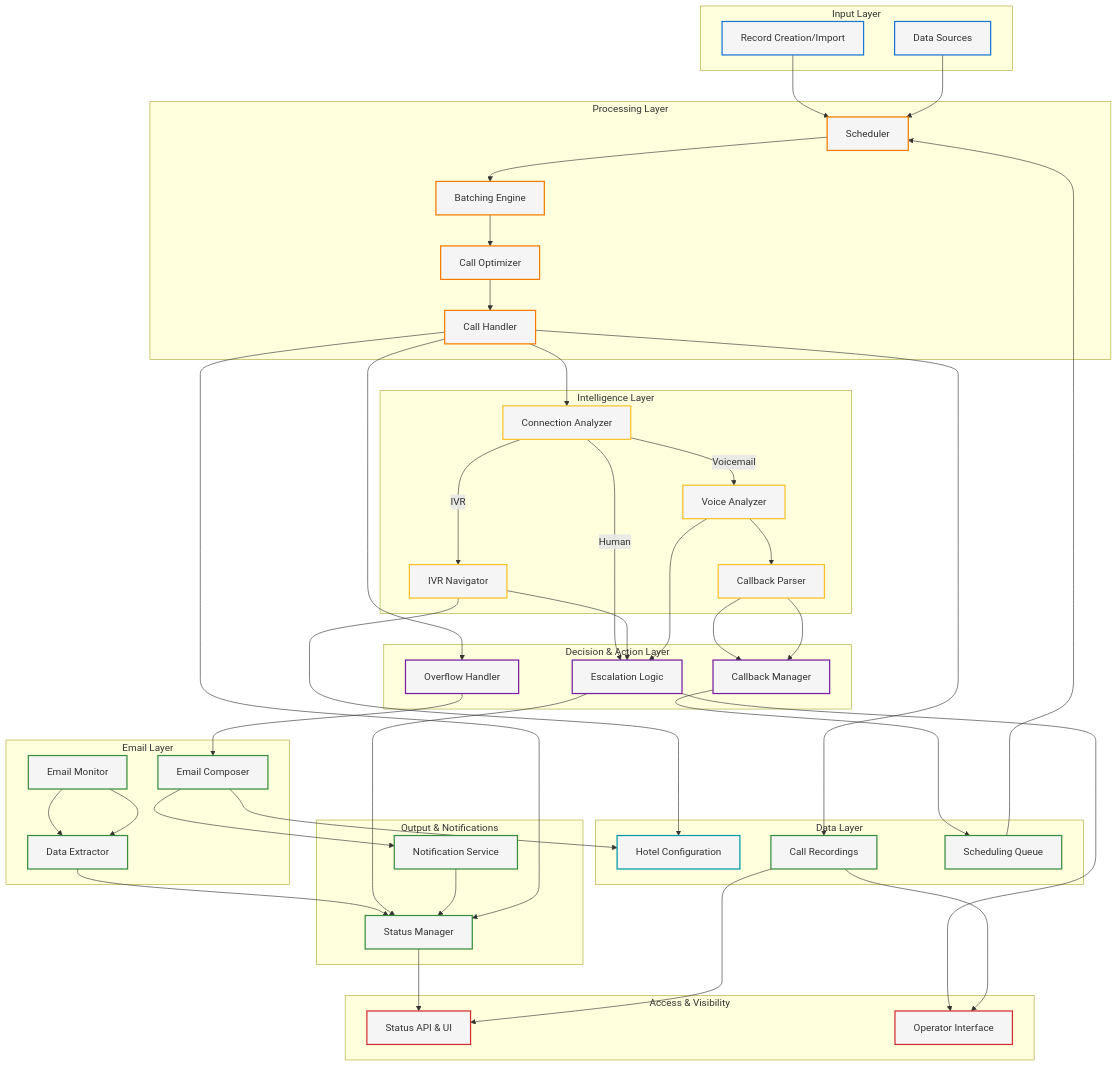
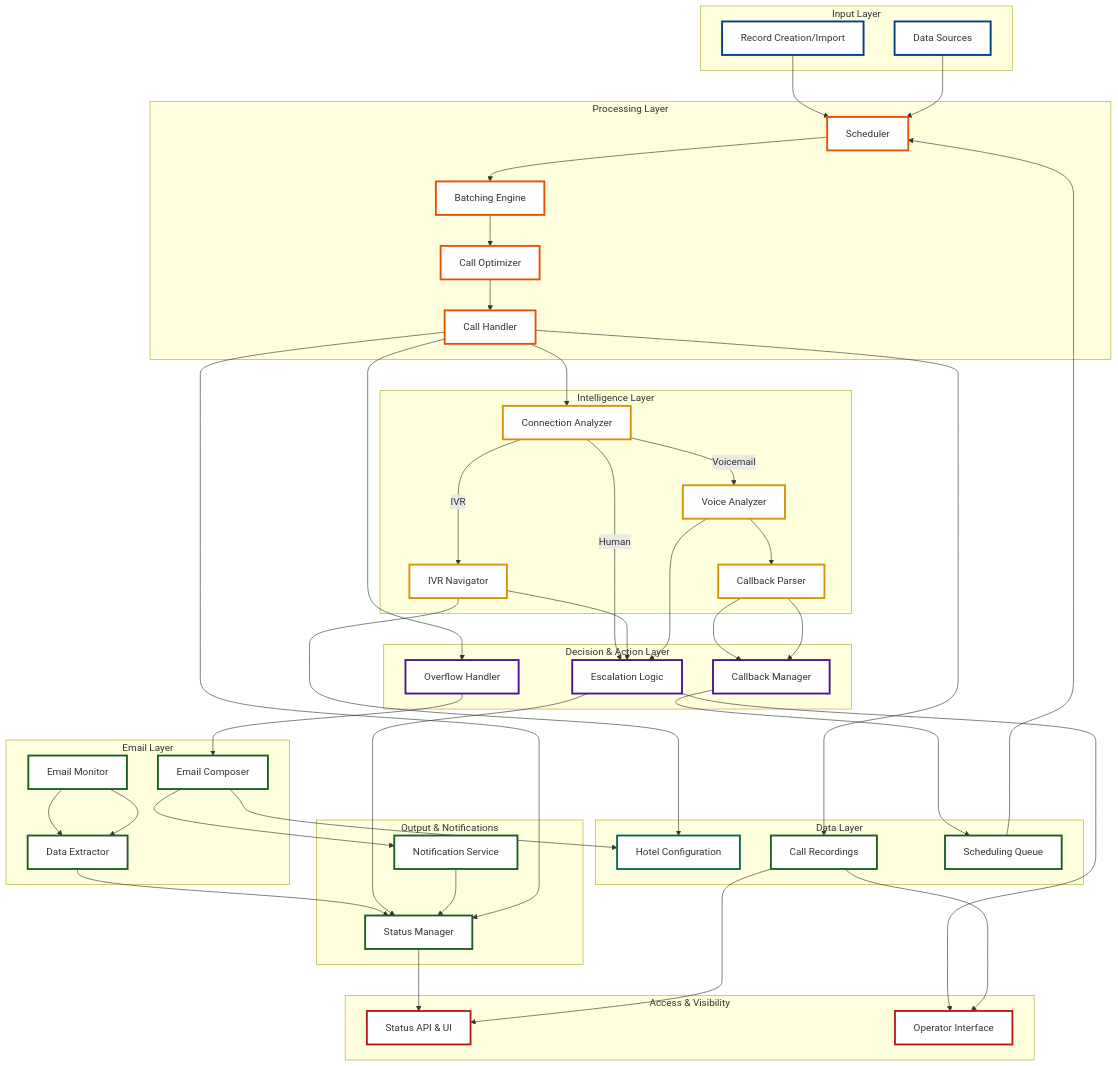
Before and after one commit to Org-for-Folio-AI/FolioAISpecs: the first of 6 diagrams in Folio-architecture.md, drawn with Mermaid. The commit also changed other lines of this file and 11 other files, not shown here.

First line of the commit message:
Improve mermaid diagrams: increase font size, darker colors, thicker strokes

````diff
--- a/Folio-architecture.md
+++ b/Folio-architecture.md
@@ -13,4 +13,5 @@
 ```mermaid
+%%{init: {'fontSize': 18, 'fontFamily': 'arial'}}%%
 graph TB
     subgraph Input["Input Layer"]
         A["Record Creation/Import"]
@@ -92,27 +93,27 @@
     J --> M
     E2 --> E3
 
-    style A stroke:#1976d2,fill:#f5f5f5,stroke-width:2px
-    style B stroke:#1976d2,fill:#f5f5f5,stroke-width:2px
-    style C stroke:#f57c00,fill:#f5f5f5,stroke-width:2px
-    style D stroke:#f57c00,fill:#f5f5f5,stroke-width:2px
-    style E stroke:#f57c00,fill:#f5f5f5,stroke-width:2px
-    style F stroke:#f57c00,fill:#f5f5f5,stroke-width:2px
-    style F1 stroke:#fbc02d,fill:#f5f5f5,stroke-width:2px
-    style F2 stroke:#fbc02d,fill:#f5f5f5,stroke-width:2px
-    style F3 stroke:#fbc02d,fill:#f5f5f5,stroke-width:2px
-    style F4 stroke:#fbc02d,fill:#f5f5f5,stroke-width:2px
-    style E1 stroke:#388e3c,fill:#f5f5f5,stroke-width:2px
-    style E2 stroke:#388e3c,fill:#f5f5f5,stroke-width:2px
-    style E3 stroke:#388e3c,fill:#f5f5f5,stroke-width:2px
-    style G stroke:#7b1fa2,fill:#f5f5f5,stroke-width:2px
-    style H stroke:#7b1fa2,fill:#f5f5f5,stroke-width:2px
-    style I1 stroke:#7b1fa2,fill:#f5f5f5,stroke-width:2px
-    style I2 stroke:#0097a7,fill:#f5f5f5,stroke-width:2px
-    style I stroke:#388e3c,fill:#f5f5f5,stroke-width:2px
-    style J stroke:#388e3c,fill:#f5f5f5,stroke-width:2px
-    style K stroke:#388e3c,fill:#f5f5f5,stroke-width:2px
-    style K1 stroke:#388e3c,fill:#f5f5f5,stroke-width:2px
-    style L stroke:#d32f2f,fill:#f5f5f5,stroke-width:2px
-    style M stroke:#d32f2f,fill:#f5f5f5,stroke-width:2px
+    style A stroke:#003d82,fill:#ffffff,stroke-width:3px,font-size:16px
+    style B stroke:#003d82,fill:#ffffff,stroke-width:3px,font-size:16px
+    style C stroke:#e65100,fill:#ffffff,stroke-width:3px,font-size:16px
+    style D stroke:#e65100,fill:#ffffff,stroke-width:3px,font-size:16px
+    style E stroke:#e65100,fill:#ffffff,stroke-width:3px,font-size:16px
+    style F stroke:#e65100,fill:#ffffff,stroke-width:3px,font-size:16px
+    style F1 stroke:#d49300,fill:#ffffff,stroke-width:3px,font-size:16px
+    style F2 stroke:#d49300,fill:#ffffff,stroke-width:3px,font-size:16px
+    style F3 stroke:#d49300,fill:#ffffff,stroke-width:3px,font-size:16px
+    style F4 stroke:#d49300,fill:#ffffff,stroke-width:3px,font-size:16px
+    style E1 stroke:#1b5e20,fill:#ffffff,stroke-width:3px,font-size:16px
+    style E2 stroke:#1b5e20,fill:#ffffff,stroke-width:3px,font-size:16px
+    style E3 stroke:#1b5e20,fill:#ffffff,stroke-width:3px,font-size:16px
+    style G stroke:#4a148c,fill:#ffffff,stroke-width:3px,font-size:16px
+    style H stroke:#4a148c,fill:#ffffff,stroke-width:3px,font-size:16px
+    style I1 stroke:#4a148c,fill:#ffffff,stroke-width:3px,font-size:16px
+    style I2 stroke:#00695c,fill:#ffffff,stroke-width:3px,font-size:16px
+    style I stroke:#1b5e20,fill:#ffffff,stroke-width:3px,font-size:16px
+    style J stroke:#1b5e20,fill:#ffffff,stroke-width:3px,font-size:16px
+    style K stroke:#1b5e20,fill:#ffffff,stroke-width:3px,font-size:16px
+    style K1 stroke:#1b5e20,fill:#ffffff,stroke-width:3px,font-size:16px
+    style L stroke:#b71c1c,fill:#ffffff,stroke-width:3px,font-size:16px
+    style M stroke:#b71c1c,fill:#ffffff,stroke-width:3px,font-size:16px
 ```
````
